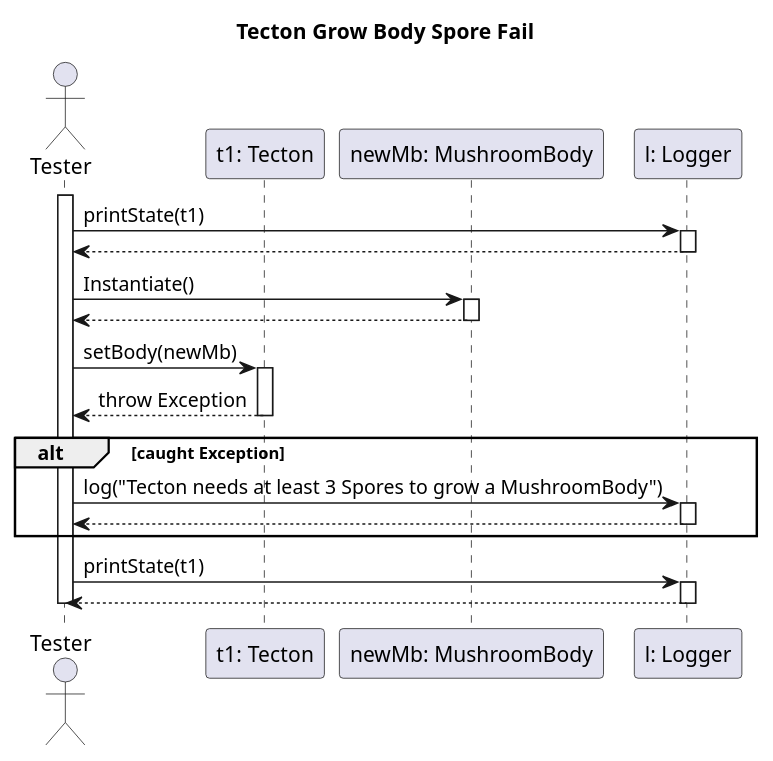
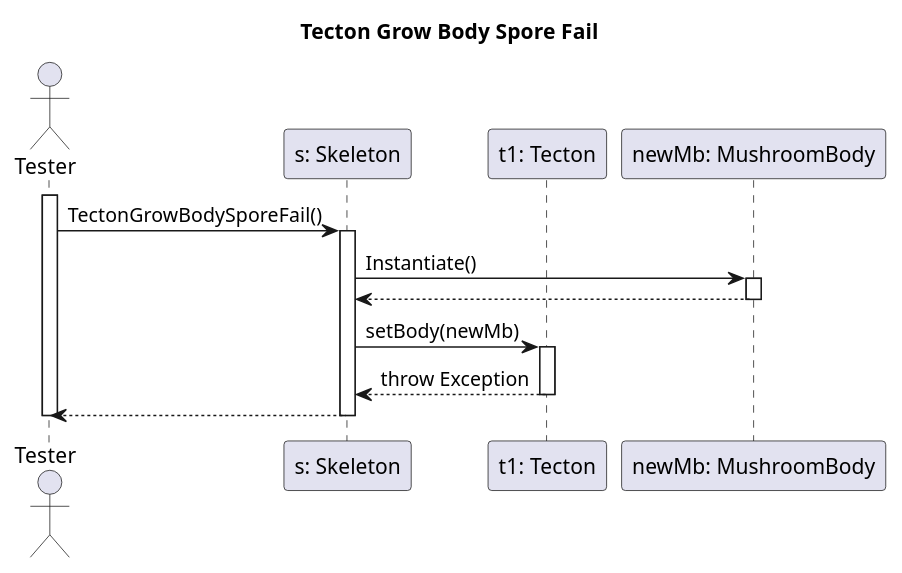
Before and after one commit to dzsem/projlab: the diagram in diagrams/test-sequence/tectonGrowBodySporeFail.puml, drawn with PlantUML.

Commit message:
added skeleton, removed logger in tectonGrowBodySporeFail

```diff
--- a/diagrams/test-sequence/tectonGrowBodySporeFail.puml
+++ b/diagrams/test-sequence/tectonGrowBodySporeFail.puml
@@ -1,42 +1,31 @@
 @startuml tectonGrowBodyTest
 
 title Tecton Grow Body Spore Fail
 
 actor "Tester" as ts
+participant "s: Skeleton" as s
 participant "t1: Tecton" as t1
 participant "newMb: MushroomBody" as newMb
-participant "l: Logger" as l
 
 activate ts
 
-ts -> l: printState(t1)
-activate l
-ts <-- l
-deactivate l
+ts -> s: TectonGrowBodySporeFail()
+activate s
 
-ts -> newMb: Instantiate()
+s -> newMb: Instantiate()
 activate newMb
-ts <-- newMb
+s <-- newMb
 deactivate newMb
 
-ts -> t1: setBody(newMb)
+s -> t1: setBody(newMb)
 activate t1
 
-ts <-- t1: throw Exception
+s <-- t1: throw Exception
 deactivate t1
 
-alt caught Exception
-    ts -> l: log("Tecton needs at least 3 Spores to grow a MushroomBody")
-    activate l
-    ts <-- l
-    deactivate l    
-end
-
-ts -> l: printState(t1)
-activate l
-ts <-- l
-deactivate l
+ts <-- s
+deactivate s
 
 deactivate ts
 
 @enduml
```
